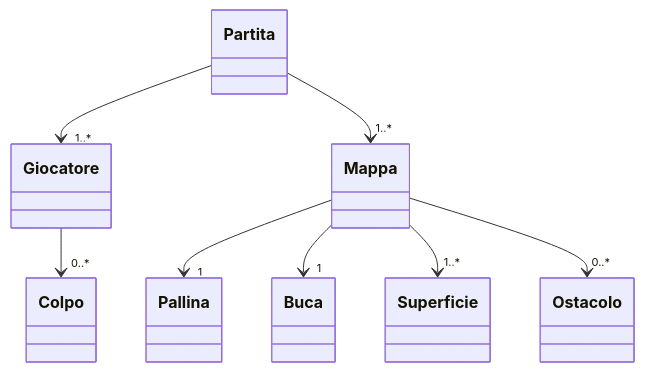
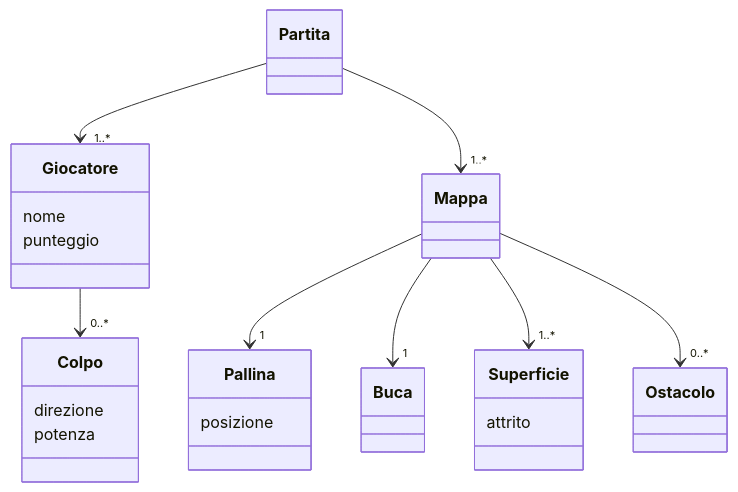
One commit to jjacomo/OOP25-mini-gOOlf changed the first of 6 diagrams in notes/report/report.md. Above: the diagram before and after it, drawn with Mermaid. The commit also changed other lines of this file, not shown here.

````diff
--- a/notes/report/report.md
+++ b/notes/report/report.md
@@ -28,19 +26,29 @@
 ```mermaid
-    classDiagram
-        class Partita
-        class Mappa
-        class Giocatore
-        class Pallina
-        class Buca
-        class Superficie
-        class Ostacolo
-        class Colpo
+classDiagram
+    class Partita
+    class Mappa
+    class Giocatore {
+        nome
+        punteggio
+    }
+    class Pallina {
+        posizione
+    }
+    class Buca
+    class Superficie {
+        attrito
+    }
+    class Ostacolo
+    class Colpo {
+        direzione
+        potenza
+    }
 
-        Partita --> "1..*" Giocatore
-        Partita --> "1..*" Mappa
-        Mappa --> "1" Pallina
-        Mappa --> "1" Buca
-        Mappa --> "1..*" Superficie
-        Mappa --> "0..*" Ostacolo
-        Giocatore --> "0..*" Colpo
+    Partita --> "1..*" Giocatore
+    Partita --> "1..*" Mappa
+    Mappa --> "1" Pallina
+    Mappa --> "1" Buca
+    Mappa --> "1..*" Superficie
+    Mappa --> "0..*" Ostacolo
+    Giocatore --> "0..*" Colpo
 ```
````
